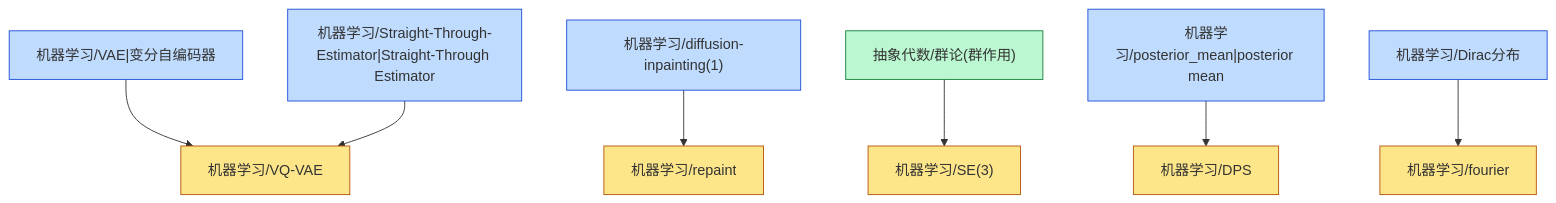
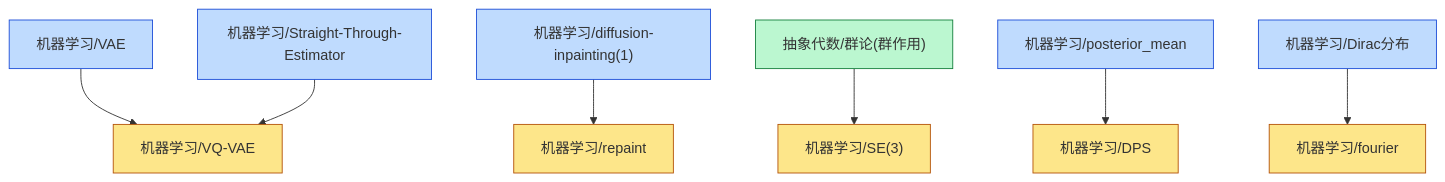
Before and after one commit to zeroDtree/zeroDtree.github.io: the diagram in content/机器学习/dependency_graph.md, drawn with Mermaid. The commit also changed 37 other files, not shown here.

````diff
--- a/content/机器学习/dependency_graph.md
+++ b/content/机器学习/dependency_graph.md
@@ -1,15 +1,26 @@
 ```mermaid
 graph TD
-1["机器学习/VAE|变分自编码器"] --> 0["机器学习/VQ-VAE"]
-2["机器学习/Straight-Through-Estimator|Straight-Through Estimator"] --> 0["机器学习/VQ-VAE"]
+1["机器学习/VAE"] --> 0["机器学习/VQ-VAE"]
+2["机器学习/Straight-Through-Estimator"] --> 0["机器学习/VQ-VAE"]
 4["机器学习/diffusion-inpainting(1)"] --> 3["机器学习/repaint"]
 6["抽象代数/群论(群作用)"] --> 5["机器学习/SE(3)"]
-8["机器学习/posterior_mean|posterior mean"] --> 7["机器学习/DPS"]
+8["机器学习/posterior_mean"] --> 7["机器学习/DPS"]
 10["机器学习/Dirac分布"] --> 9["机器学习/fourier"]
 classDef leaf fill:#fde68a,stroke:#b45309
 class 0,3,5,7,9 leaf
 classDef root fill:#bfdbfe,stroke:#1d4ed8
 class 1,2,4,8,10 root
 classDef foundationRoot fill:#bbf7d0,stroke:#15803d
 class 6 foundationRoot
+click 0 "/机器学习/vq-vae" "机器学习/VQ-VAE"
+click 1 "/机器学习/vae" "机器学习/VAE"
+click 2 "/机器学习/straight-through-estimator" "机器学习/Straight-Through-Estimator"
+click 3 "/机器学习/repaint" "机器学习/repaint"
+click 4 "/机器学习/diffusion-inpainting(1)" "机器学习/diffusion-inpainting(1)"
+click 5 "/机器学习/se(3)" "机器学习/SE(3)"
+click 6 "/抽象代数/群论(群作用)" "抽象代数/群论(群作用)"
+click 7 "/机器学习/dps" "机器学习/DPS"
+click 8 "/机器学习/posterior_mean" "机器学习/posterior_mean"
+click 9 "/机器学习/fourier" "机器学习/fourier"
+click 10 "/机器学习/dirac分布" "机器学习/Dirac分布"
 ```
````
